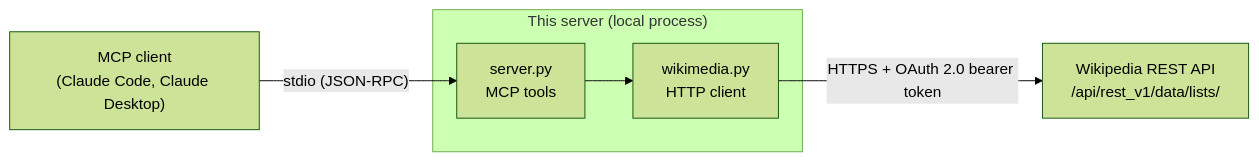
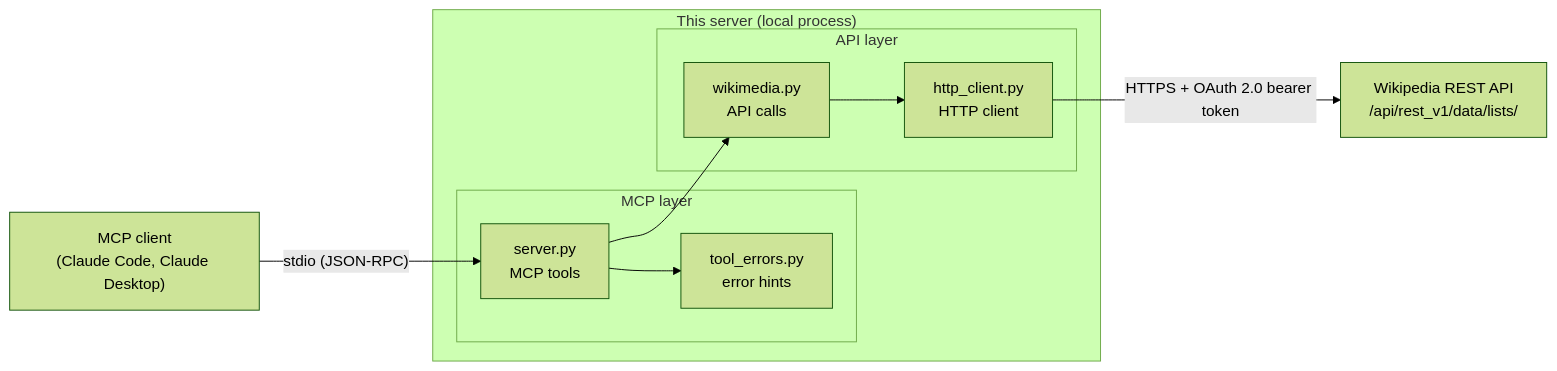
Before and after one commit to benJrohrer/wikipedia-reading-lists-mcp: the diagram in README.md, drawn with Mermaid (forest theme). The commit also changed other lines of this file and 1 other file, not shown here.

````diff
--- a/README.md
+++ b/README.md
@@ -62,12 +62,20 @@
 ```mermaid
 flowchart LR
     C["MCP client<br/>(Claude Code, Claude Desktop)"]
     subgraph S["This server (local process)"]
-        T["server.py<br/>MCP tools"]
-        W["wikimedia.py<br/>HTTP client"]
+        subgraph M["MCP layer"]
+            T["server.py<br/>MCP tools"]
+            E["tool_errors.py<br/>error hints"]
+        end
+        subgraph A["API layer"]
+            W["wikimedia.py<br/>API calls"]
+            H["http_client.py<br/>HTTP client"]
+        end
     end
     API["Wikipedia REST API<br/>/api/rest_v1/data/lists/"]
     C -- "stdio (JSON-RPC)" --> T
+    T --> E
     T --> W
-    W -- "HTTPS + OAuth 2.0 bearer token" --> API
+    W --> H
+    H -- "HTTPS + OAuth 2.0 bearer token" --> API
 ```
````
